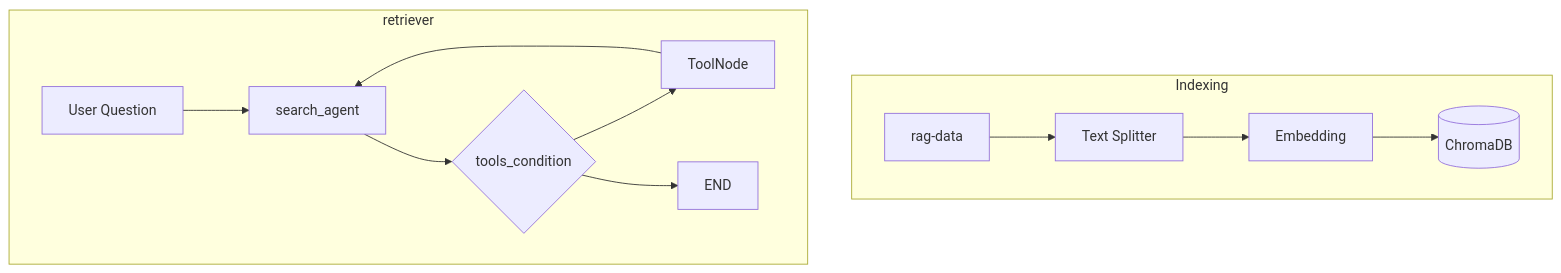
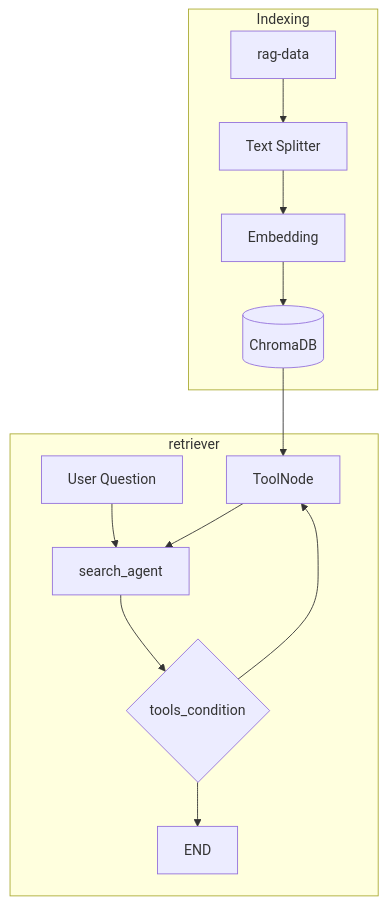
The diagram in chatbot/README.md (100-hours-a-week/KTB4-Vicki-AI), drawn with Mermaid before and after one commit. The commit also changed 1 other file, not shown here.

Commit message:
fix: InMemorySaver 추가

````diff
--- a/chatbot/README.md
+++ b/chatbot/README.md
@@ -59,17 +59,18 @@
 ```mermaid
 flowchart TD
     subgraph Indexing 
         A[rag-data] --> B[Text Splitter]
         B --> C[Embedding]
         C --> D[(ChromaDB)]
     end
 
     subgraph retriever
         E[User Question]
         E --> F[search_agent]
         F --> I{tools_condition}
         I --> G[ToolNode]
         G --> F
+        D --> G
         I --> H[END]
     end
 ```
````
